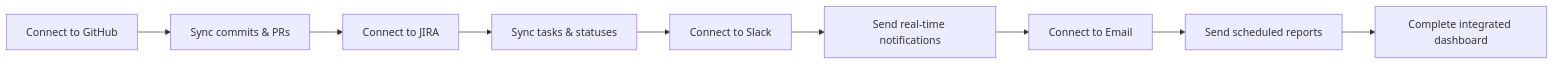
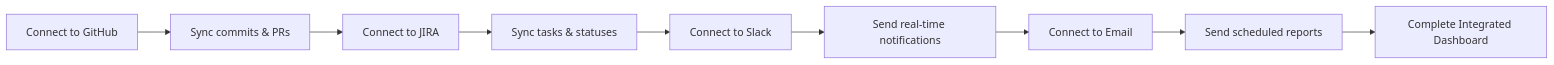
Diagram 12 of 13 in Docs/entire_project/Quick_Start_Guide/Quick_Start_Guide.md (Shakour-Data/AutoProjectManagement), drawn with Mermaid before and after one commit. The commit also changed other lines of this file, not shown here.

````diff
--- a/Docs/entire_project/Quick_Start_Guide/Quick_Start_Guide.md
+++ b/Docs/entire_project/Quick_Start_Guide/Quick_Start_Guide.md
@@ -2290,11 +748,11 @@
 ```mermaid
 graph LR
     A[Connect to GitHub] --> B[Sync commits & PRs]
-    B --> C[Connect to JIRA]
+    B --> C[Connect to JIRA] 
     C --> D[Sync tasks & statuses]
     D --> E[Connect to Slack]
     E --> F[Send real-time notifications]
     F --> G[Connect to Email]
     G --> H[Send scheduled reports]
-    H --> I[Complete integrated dashboard]
+    H --> I[Complete Integrated Dashboard]
 ```
````
